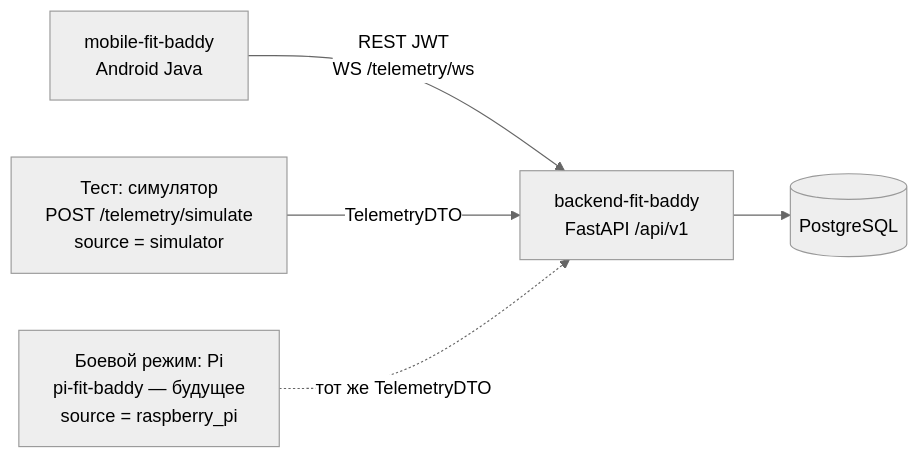
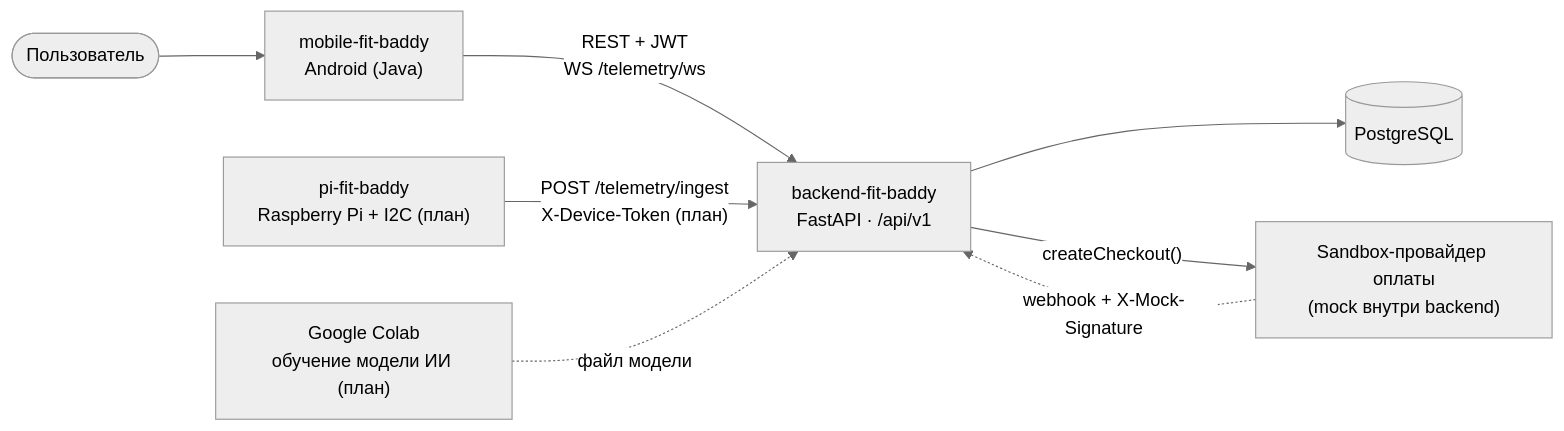
Before and after one commit to SonyAkb/FitnessApp: the first of 6 diagrams in docs/ARCHITECTURE.md, drawn with Mermaid (neutral theme). The commit also changed other lines of this file and 4 other files, not shown here.

Commit message:
docs(architecture): описание архитектуры, UML-схема компонентов и схема БД

````diff
--- a/docs/ARCHITECTURE.md
+++ b/docs/ARCHITECTURE.md
@@ -25,15 +27,18 @@
 ```mermaid
 flowchart LR
-  App["mobile-fit-baddy<br/>Android Java"]
-  API["backend-fit-baddy<br/>FastAPI /api/v1"]
+  User(["Пользователь"])
+  App["mobile-fit-baddy<br/>Android (Java)"]
+  BE["backend-fit-baddy<br/>FastAPI · /api/v1"]
   DB[("PostgreSQL")]
+  Pi["pi-fit-baddy<br/>Raspberry Pi + I2C (план)"]
+  Pay["Sandbox-провайдер оплаты<br/>(mock внутри backend)"]
+  Colab["Google Colab<br/>обучение модели ИИ (план)"]
 
-  App -->|"REST JWT<br/>WS /telemetry/ws"| API
-  API --> DB
-
-  Sim["Тест: симулятор<br/>POST /telemetry/simulate<br/>source = simulator"]
-  Pi["Боевой режим: Pi<br/>pi-fit-baddy — будущее<br/>source = raspberry_pi"]
-
-  Sim -->|"TelemetryDTO"| API
-  Pi -.->|"тот же TelemetryDTO"| API
+  User --> App
+  App -- "REST + JWT<br/>WS /telemetry/ws" --> BE
+  BE --> DB
+  Pi -- "POST /telemetry/ingest<br/>X-Device-Token (план)" --> BE
+  BE -- "createCheckout()" --> Pay
+  Pay -. "webhook + X-Mock-Signature" .-> BE
+  Colab -. "файл модели" .-> BE
 ```
````
